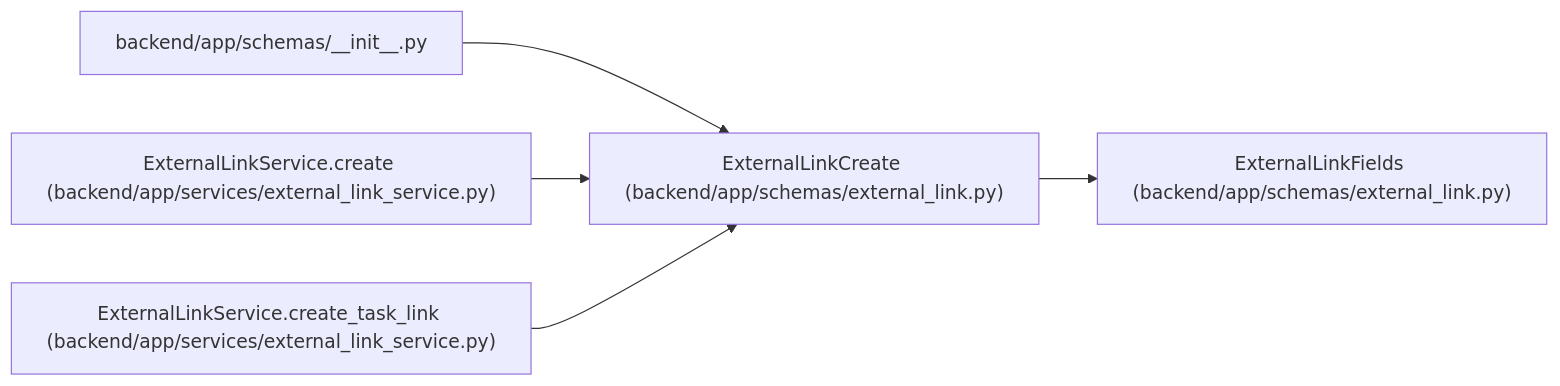
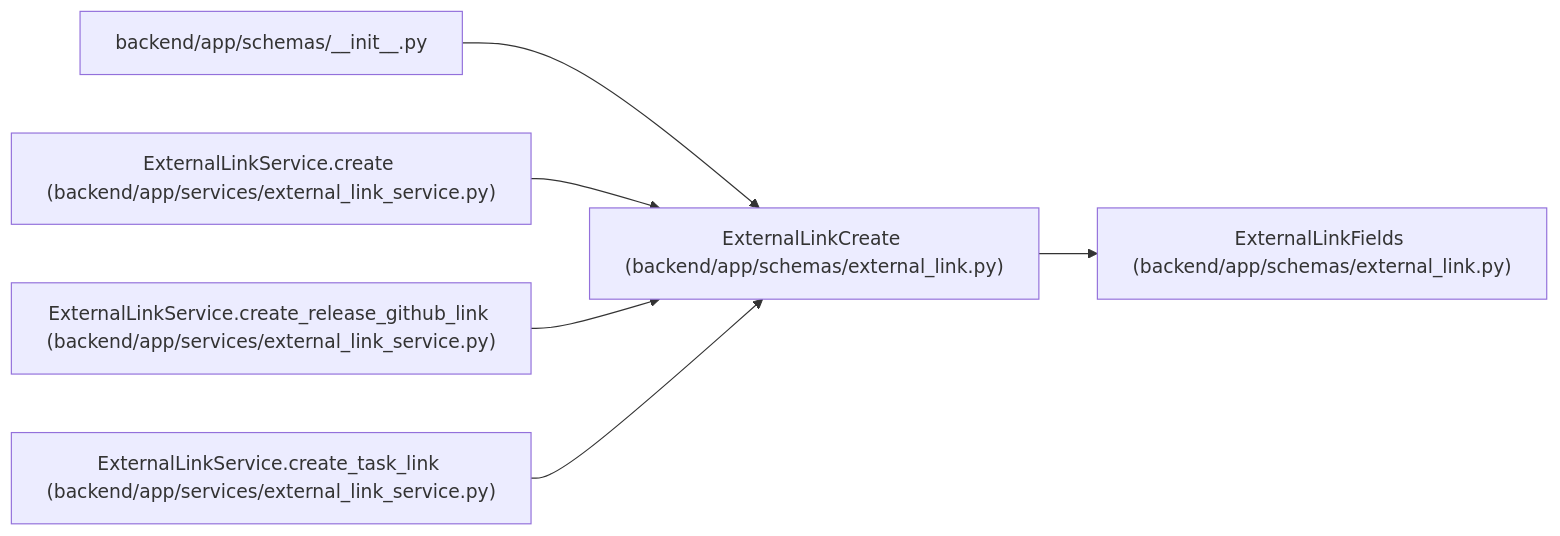
Before and after one commit to Denissvgn/WorkChord: the diagram in docs/llm_wiki/entities/schemas_external_link_ExternalLinkCreate.md, drawn with Mermaid. The commit also changed other lines of this file and 2373 other files, not shown here.

````diff
--- a/docs/llm_wiki/entities/schemas_external_link_ExternalLinkCreate.md
+++ b/docs/llm_wiki/entities/schemas_external_link_ExternalLinkCreate.md
@@ -32,17 +32,20 @@
 ```mermaid
 flowchart LR
     n0["ExternalLinkCreate (backend/app/schemas/external_link.py)"]
     n1["ExternalLinkFields (backend/app/schemas/external_link.py)"]
     n2["backend/app/schemas/__init__.py"]
     n3["ExternalLinkService.create (backend/app/services/external_link_service.py)"]
-    n4["ExternalLinkService.create_task_link (backend/app/services/external_link_service.py)"]
+    n4["ExternalLinkService.create_release_github_link (backend/app/services/external_link_service.py)"]
+    n5["ExternalLinkService.create_task_link (backend/app/services/external_link_service.py)"]
     n0 --> n1
     n2 --> n0
     n3 --> n0
     n4 --> n0
+    n5 --> n0
     click n0 "../modules/schemas_external_link.md"
     click n1 "../modules/schemas_external_link.md"
     click n2 "../modules/schemas___init__.md"
     click n3 "../modules/external_link_service.md"
     click n4 "../modules/external_link_service.md"
+    click n5 "../modules/external_link_service.md"
 ```
````
